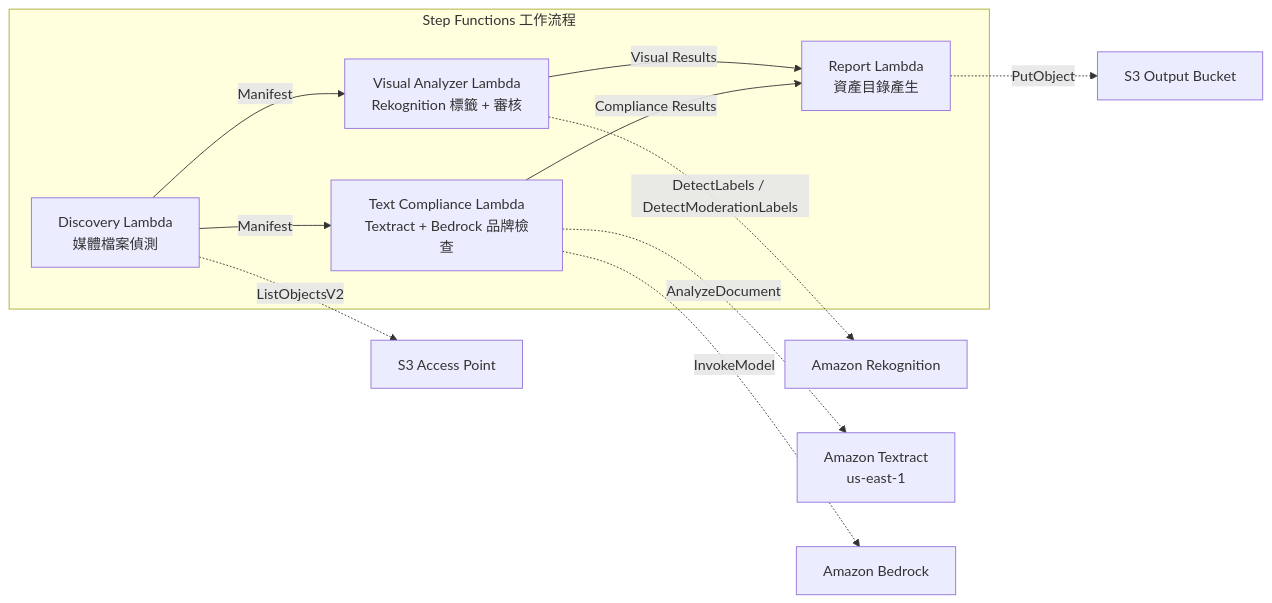
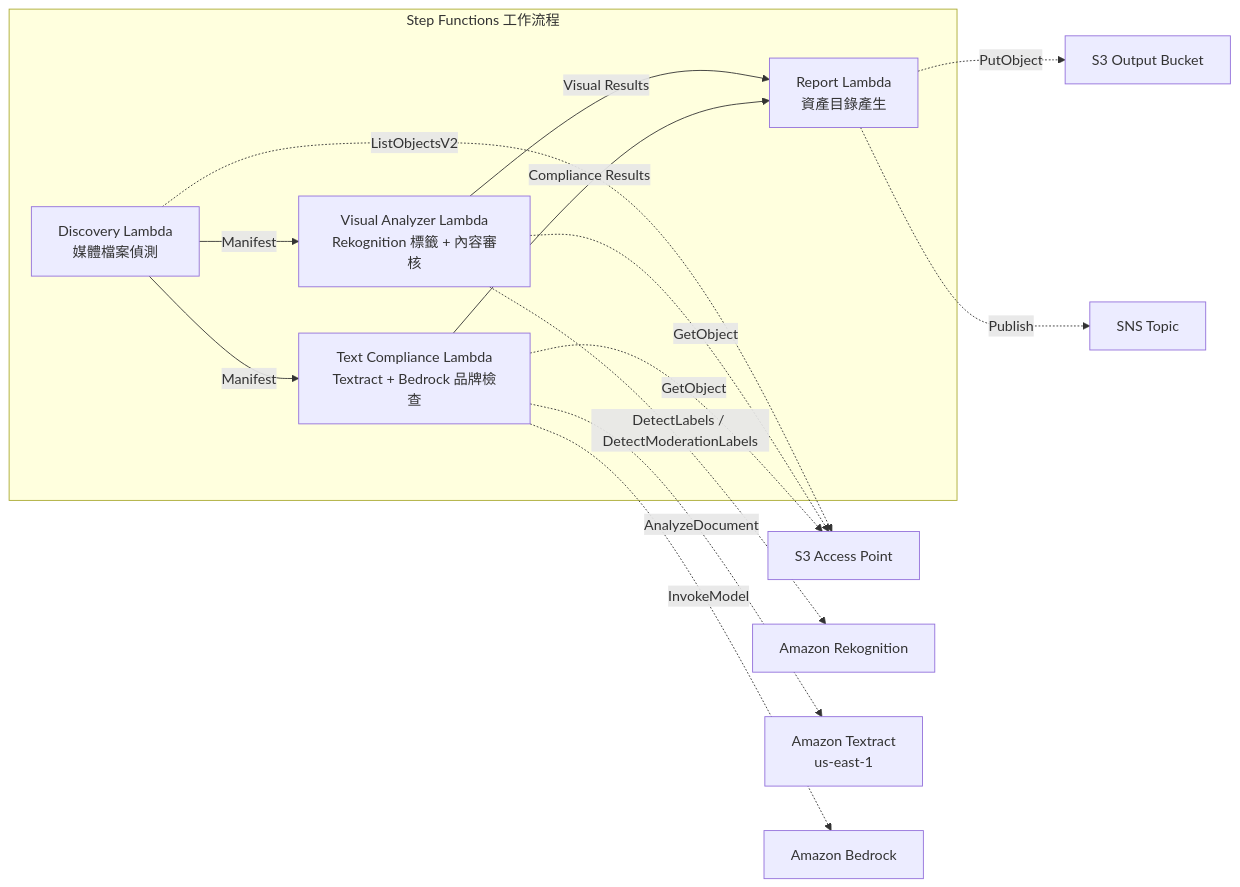
Before and after one commit to Yoshiki0705/FSx-for-ONTAP-S3AccessPoints-Serverless-Patterns: the diagram in solutions/industry/adtech-creative-management/README.zh-TW.md, drawn with Mermaid. The commit also changed other lines of this file and 20 other files, not shown here.

````diff
--- a/solutions/industry/adtech-creative-management/README.zh-TW.md
+++ b/solutions/industry/adtech-creative-management/README.zh-TW.md
@@ -48,20 +60,23 @@
 ```mermaid
 graph LR
     subgraph "Step Functions 工作流程"
         D[Discovery Lambda<br/>媒體檔案偵測]
-        VA[Visual Analyzer Lambda<br/>Rekognition 標籤 + 審核]
+        VA[Visual Analyzer Lambda<br/>Rekognition 標籤 + 內容審核]
         TC[Text Compliance Lambda<br/>Textract + Bedrock 品牌檢查]
         R[Report Lambda<br/>資產目錄產生]
     end
 
     D -->|Manifest| VA
     D -->|Manifest| TC
     VA -->|Visual Results| R
     TC -->|Compliance Results| R
 
     D -.->|ListObjectsV2| S3AP[S3 Access Point]
+    VA -.->|GetObject| S3AP
     VA -.->|DetectLabels / DetectModerationLabels| REK[Amazon Rekognition]
+    TC -.->|GetObject| S3AP
     TC -.->|AnalyzeDocument| TXT[Amazon Textract<br/>us-east-1]
     TC -.->|InvokeModel| BDR[Amazon Bedrock]
     R -.->|PutObject| S3OUT[S3 Output Bucket]
+    R -.->|Publish| SNS[SNS Topic]
 ```
````
